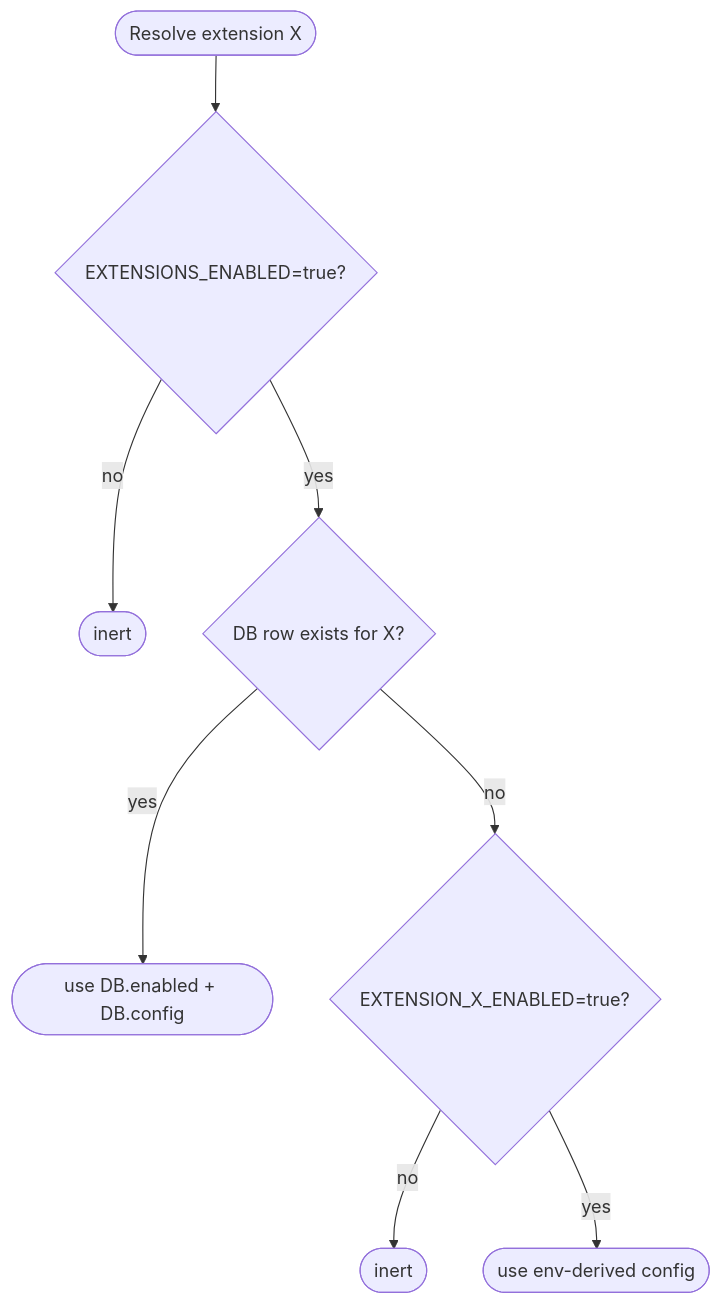
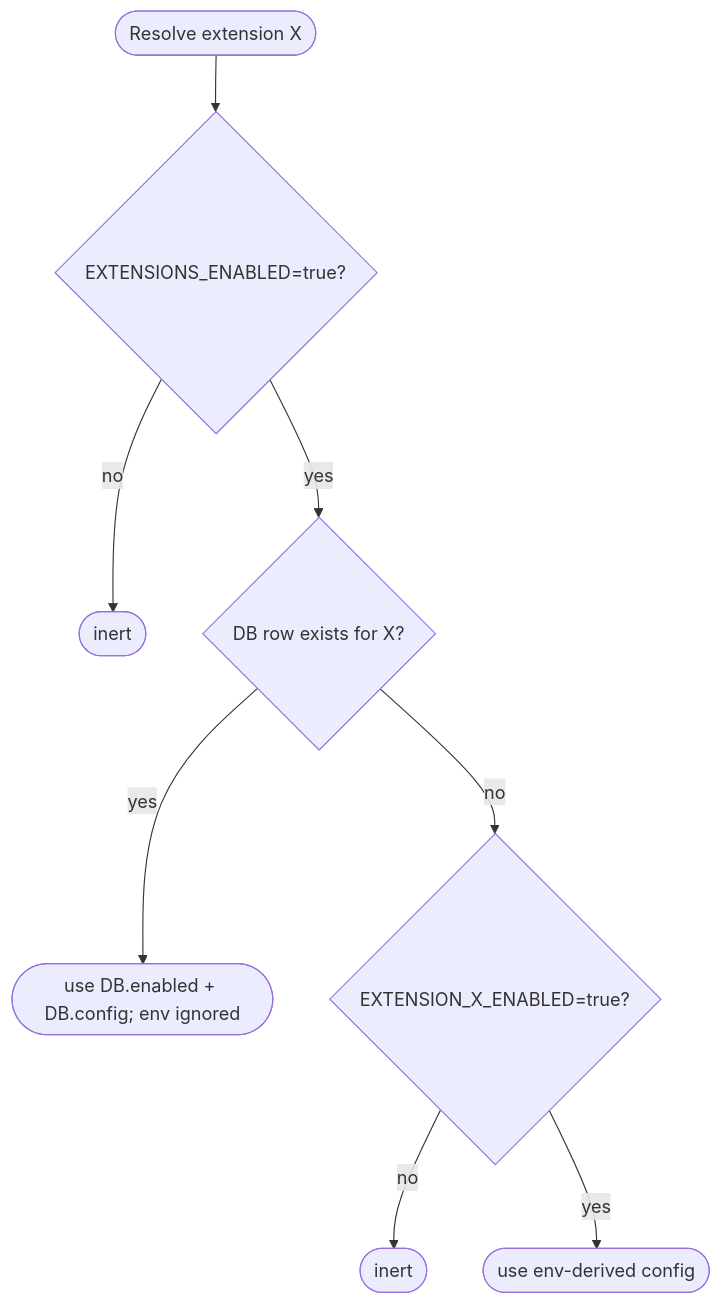
Before and after one commit to podverse/podverse: the second of 3 diagrams in docs/proposals/EXTENSIONS.md, drawn with Mermaid. The commit also changed other lines of this file and 9 other files, not shown here.

````diff
--- a/docs/proposals/EXTENSIONS.md
+++ b/docs/proposals/EXTENSIONS.md
@@ -149,10 +159,10 @@
 ```mermaid
 flowchart TD
   Start([Resolve extension X]) --> M{EXTENSIONS_ENABLED=true?}
   M -- no --> Off1([inert])
   M -- yes --> R{DB row exists for X?}
-  R -- yes --> Use1([use DB.enabled + DB.config])
+  R -- yes --> Use1([use DB.enabled + DB.config; env ignored])
   R -- no --> E{EXTENSION_X_ENABLED=true?}
   E -- no --> Off2([inert])
   E -- yes --> Use2([use env-derived config])
 ```
````
